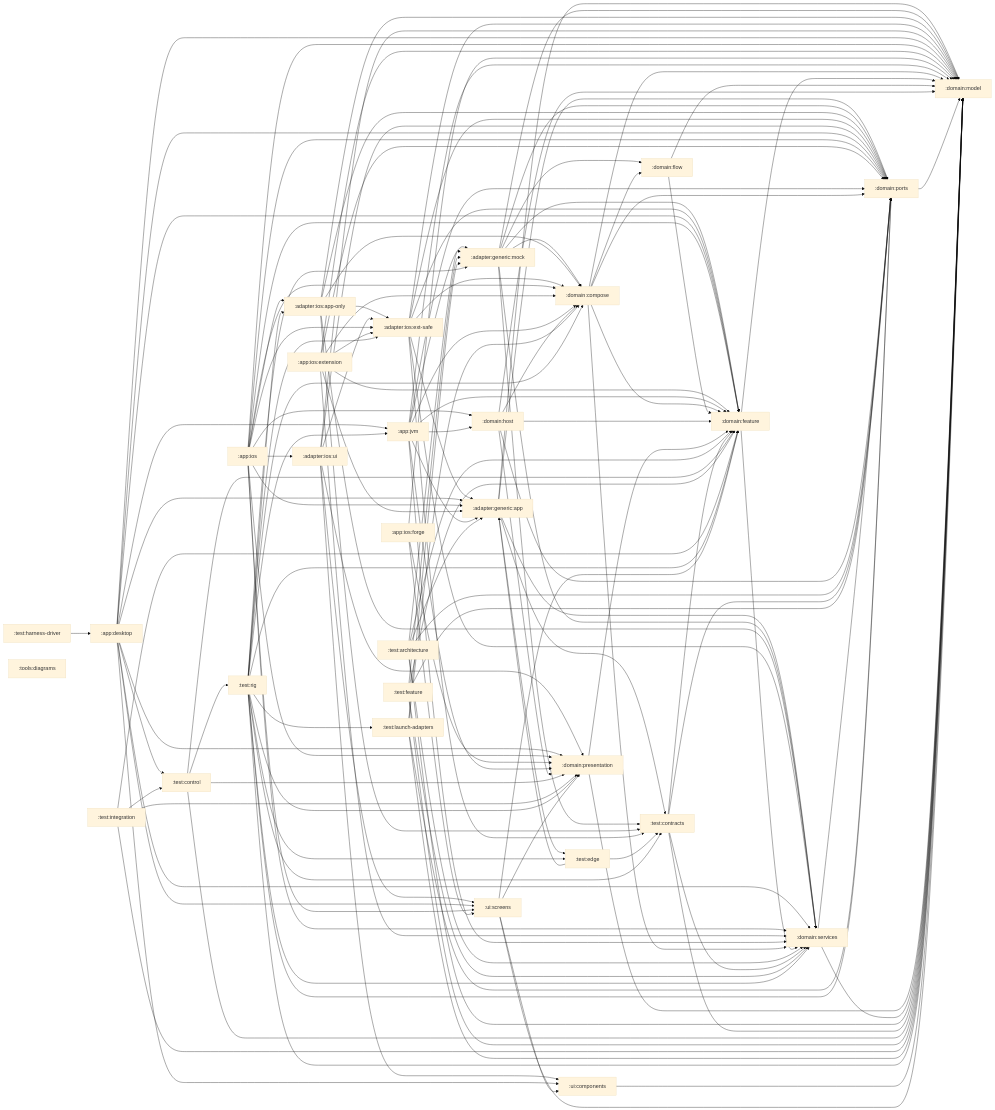
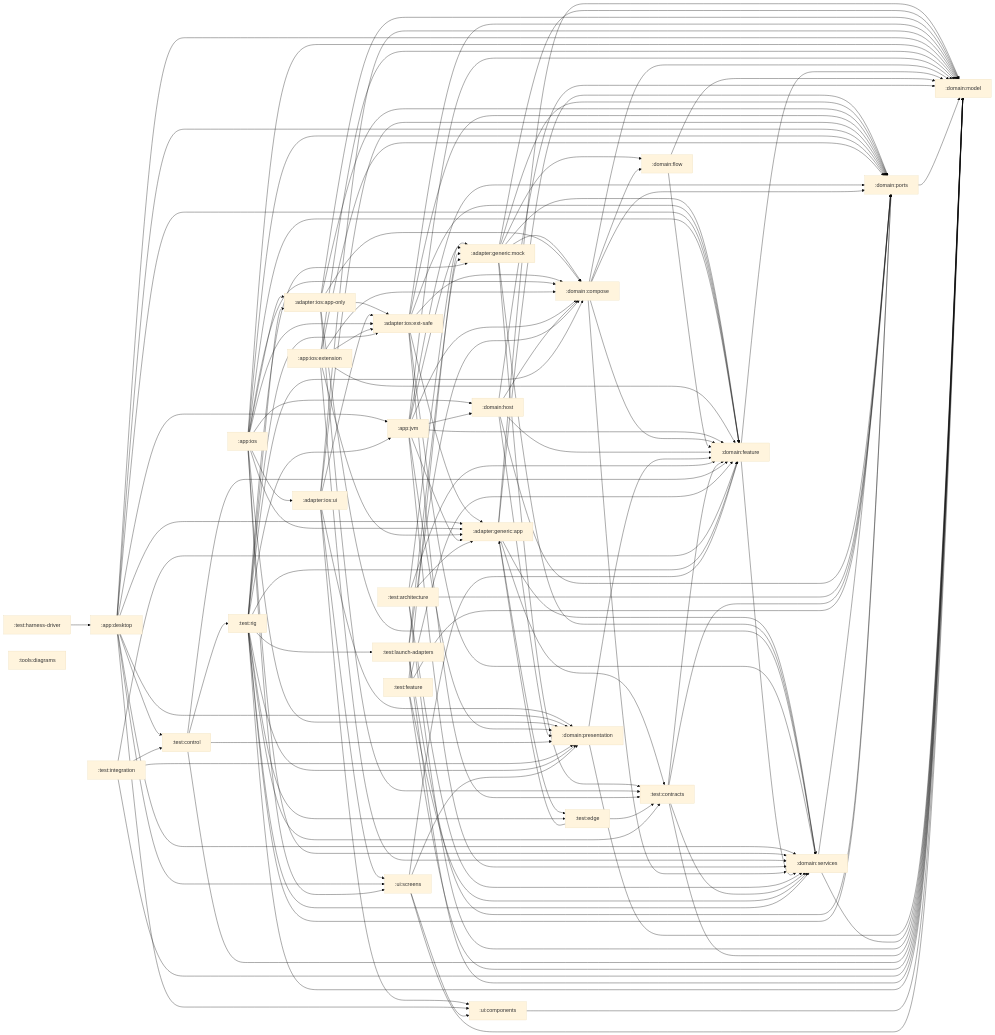
One commit to stefanhoelzl/SnapSync changed the diagram in architecture/modules.md. Above: the diagram before and after it, drawn with Mermaid (base theme). The commit also changed 60 other files, not shown here.

```diff
--- a/architecture/modules.md
+++ b/architecture/modules.md
@@ -17,7 +17,6 @@
   app_desktop[":app:desktop"]
   app_ios[":app:ios"]
   app_ios_extension[":app:ios:extension"]
-  app_ios_forge[":app:ios:forge"]
   app_jvm[":app:jvm"]
   domain_compose[":domain:compose"]
   domain_feature[":domain:feature"]
@@ -99,9 +98,6 @@
   app_ios_extension --> domain_model
   app_ios_extension --> domain_ports
   app_ios_extension --> domain_services
-  app_ios_forge --> domain_model
-  app_ios_forge --> domain_presentation
-  app_ios_forge --> ui_screens
   app_jvm --> adapter_generic_app
   app_jvm --> adapter_generic_mock
   app_jvm --> domain_compose
```
